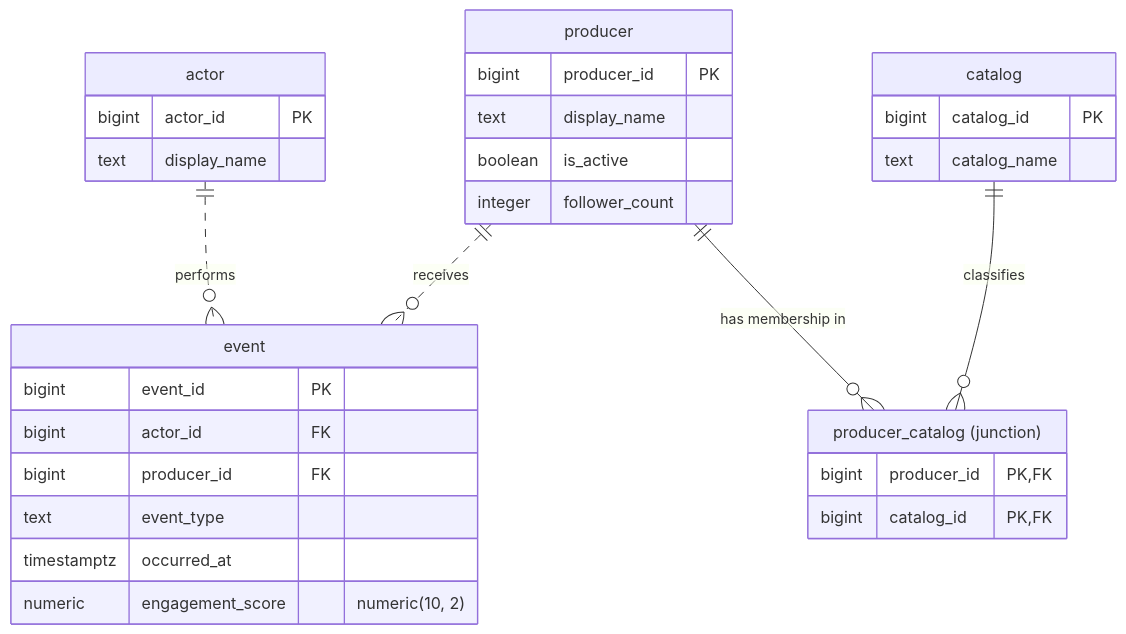
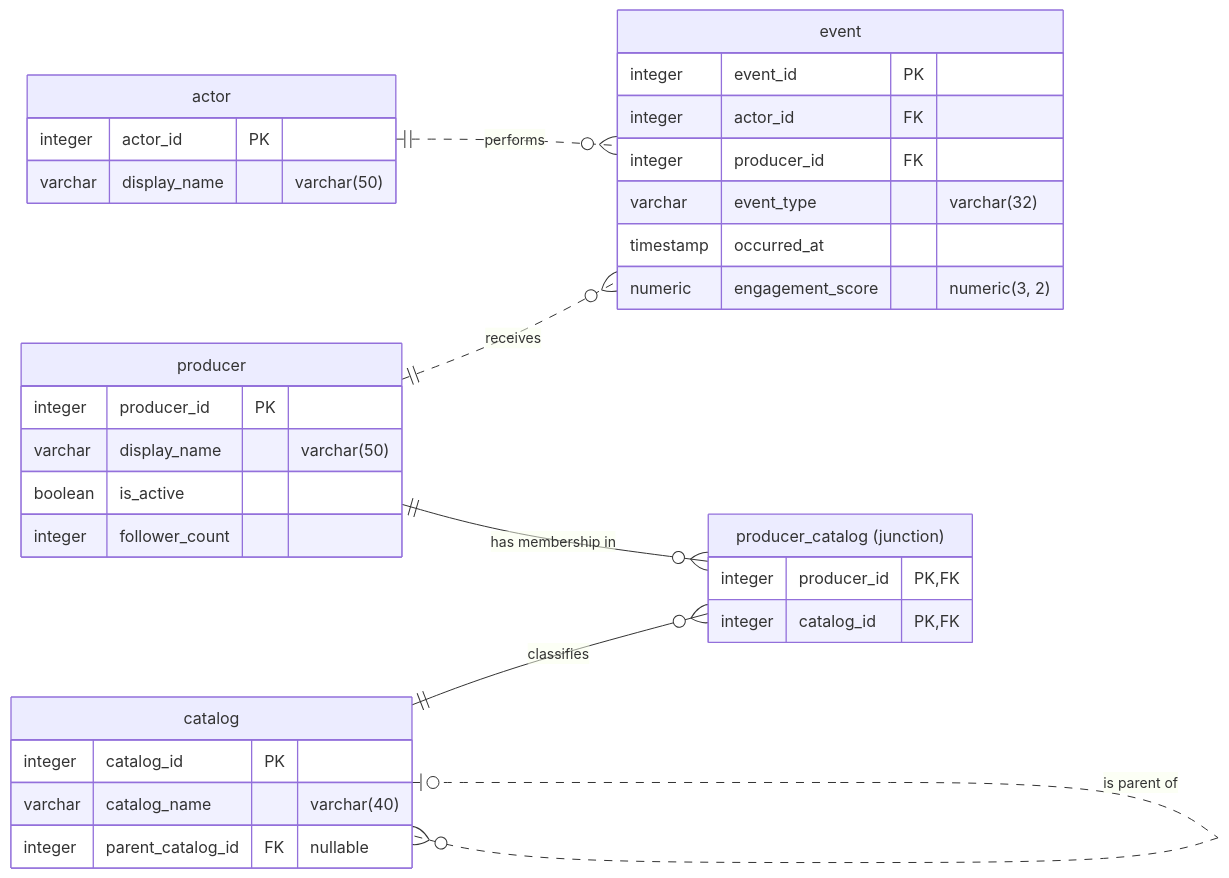
The diagram in README.md (jansenator/ex603-social-media-database), drawn with Mermaid before and after one commit. The commit also changed other lines of this file and 9 other files, not shown here.

First line of the commit message:
Unit 2 - Project Assignment 2: Translating the ERD into DDL

````diff
--- a/README.md
+++ b/README.md
@@ -22,38 +22,41 @@
 ```mermaid
 erDiagram
+    direction LR
     actor {
-        bigint actor_id PK
-        text display_name
+        integer actor_id PK
+        varchar display_name "varchar(50)"
     }
 
     producer {
-        bigint producer_id PK
-        text display_name
+        integer producer_id PK
+        varchar display_name "varchar(50)"
         boolean is_active
         integer follower_count
     }
 
     event {
-        bigint event_id PK
-        bigint actor_id FK
-        bigint producer_id FK
-        text event_type
-        timestamptz occurred_at
-        numeric engagement_score "numeric(10, 2)"
+        integer event_id PK
+        integer actor_id FK
+        integer producer_id FK
+        varchar event_type "varchar(32)"
+        timestamp occurred_at
+        numeric engagement_score "numeric(3, 2)"
     }
 
     catalog {
-        bigint catalog_id PK
-        text catalog_name
+        integer catalog_id PK
+        varchar catalog_name "varchar(40)"
+        integer parent_catalog_id FK "nullable"
     }
 
     producer_catalog["producer_catalog (junction)"] {
-        bigint producer_id PK, FK
-        bigint catalog_id PK, FK
+        integer producer_id PK, FK
+        integer catalog_id PK, FK
     }
 
     actor ||..o{ event : "performs"
     producer ||..o{ event : "receives"
     producer ||--o{ producer_catalog : "has membership in"
     catalog ||--o{ producer_catalog : "classifies"
+    catalog |o..o{ catalog : "is parent of"
 ```
````
